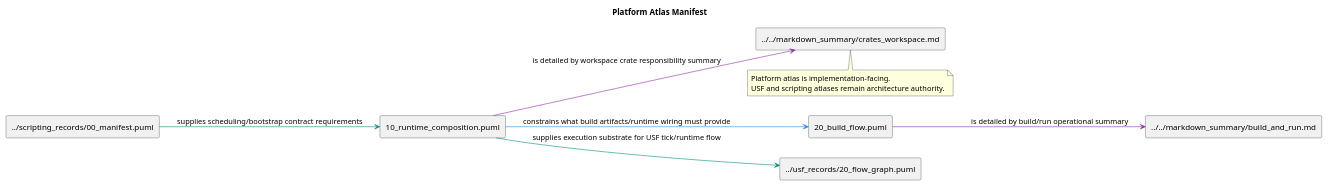
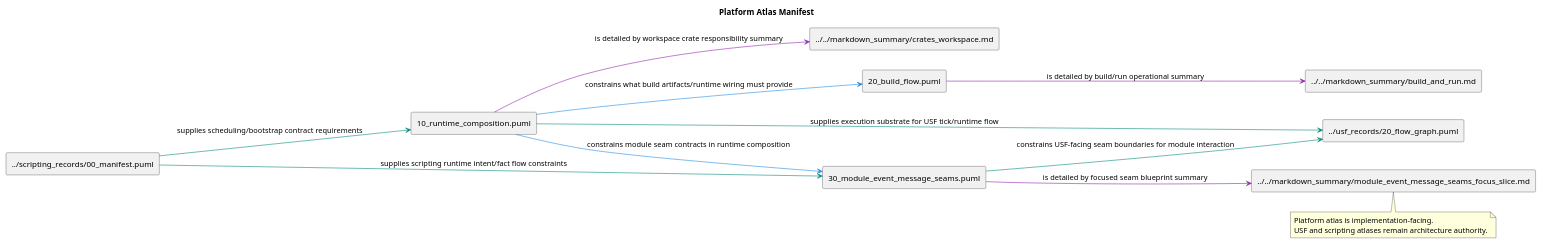
One commit to GHF-Studios/Loo-Cast changed the diagram in documents/intention_records/platform_records/00_manifest.puml. Above: the diagram before and after it, drawn with PlantUML. The commit also changed 209 other files, not shown here.

```diff
--- a/documents/intention_records/platform_records/00_manifest.puml
+++ b/documents/intention_records/platform_records/00_manifest.puml
@@ -1,24 +1,30 @@
 @startuml
 title Platform Atlas Manifest
 left to right direction
 skinparam componentStyle rectangle
 
 component "10_runtime_composition.puml" as P10
 component "20_build_flow.puml" as P20
+component "30_module_event_message_seams.puml" as P30
 
 component "../scripting_records/00_manifest.puml" as SCR
 component "../usf_records/20_flow_graph.puml" as U20
 component "../../markdown_summary/build_and_run.md" as MBR
 component "../../markdown_summary/crates_workspace.md" as MCR
+component "../../markdown_summary/module_event_message_seams_focus_slice.md" as MSEAM
 
 P10 -[#1E88E5]-> P20 : constrains what build artifacts/runtime wiring must provide
+P10 -[#1E88E5]-> P30 : constrains module seam contracts in runtime composition
 P10 -[#00897B]-> U20 : supplies execution substrate for USF tick/runtime flow
+P30 -[#00897B]-> U20 : constrains USF-facing seam boundaries for module interaction
 SCR -[#00897B]-> P10 : supplies scheduling/bootstrap contract requirements
+SCR -[#00897B]-> P30 : supplies scripting runtime intent/fact flow constraints
 P20 -[#8E24AA]-> MBR : is detailed by build/run operational summary
 P10 -[#8E24AA]-> MCR : is detailed by workspace crate responsibility summary
+P30 -[#8E24AA]-> MSEAM : is detailed by focused seam blueprint summary
 
 note bottom
 Platform atlas is implementation-facing.
 USF and scripting atlases remain architecture authority.
 end note
 @enduml
```
